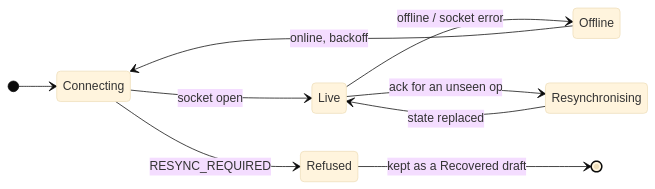
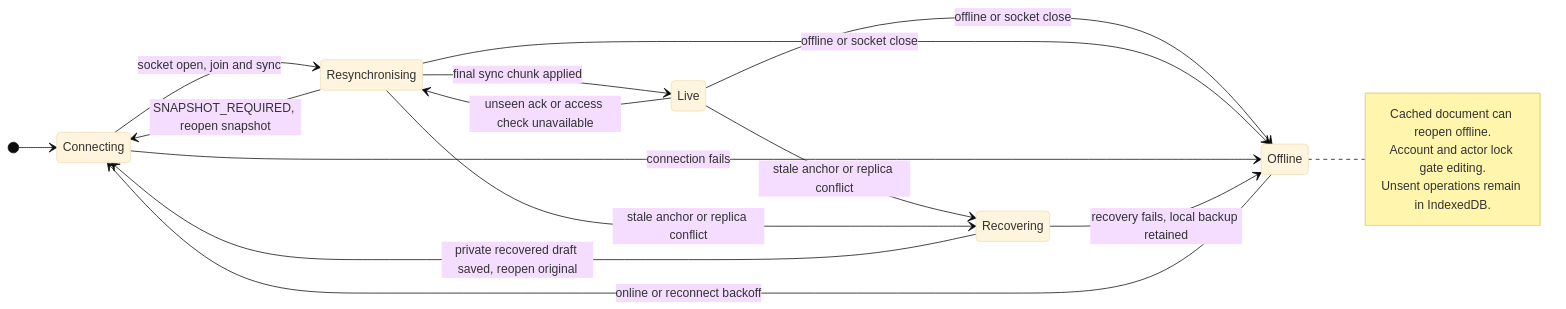
One commit to mblaszczykowski/Collaborative-Document-Editor changed the diagram in docs/diagrams/connection-states.mmd. Above: the diagram before and after it, drawn with Mermaid (base theme). The commit also changed 132 other files, not shown here.

```diff
--- a/docs/diagrams/connection-states.mmd
+++ b/docs/diagrams/connection-states.mmd
@@ -1,10 +1,20 @@
 stateDiagram-v2
     direction LR
     [*] --> Connecting
-    Connecting --> Live: socket open
-    Connecting --> Refused: RESYNC_REQUIRED
-    Live --> Offline: offline / socket error
-    Offline --> Connecting: online, backoff
-    Live --> Resynchronising: ack for an unseen op
-    Resynchronising --> Live: state replaced
-    Refused --> [*]: kept as a Recovered draft
+    Connecting --> Resynchronising: socket open, join and sync
+    Resynchronising --> Live: final sync chunk applied
+    Live --> Offline: offline or socket close
+    Resynchronising --> Offline: offline or socket close
+    Connecting --> Offline: connection fails
+    Offline --> Connecting: online or reconnect backoff
+    Live --> Resynchronising: unseen ack or access check unavailable
+    Resynchronising --> Connecting: SNAPSHOT_REQUIRED, reopen snapshot
+    Live --> Recovering: stale anchor or replica conflict
+    Resynchronising --> Recovering: stale anchor or replica conflict
+    Recovering --> Connecting: private recovered draft saved, reopen original
+    Recovering --> Offline: recovery fails, local backup retained
+    note right of Offline
+        Cached document can reopen offline.
+        Account and actor lock gate editing.
+        Unsent operations remain in IndexedDB.
+    end note
```
